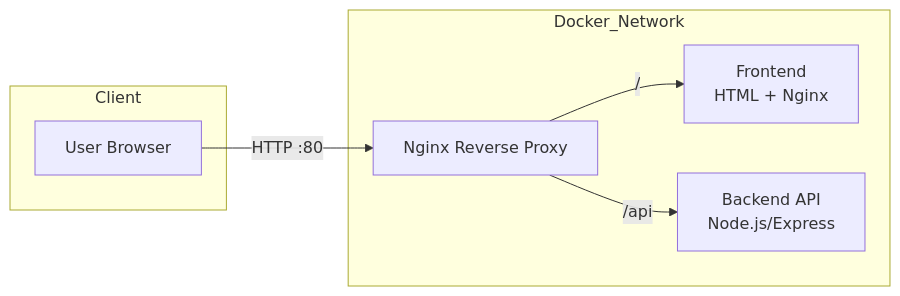
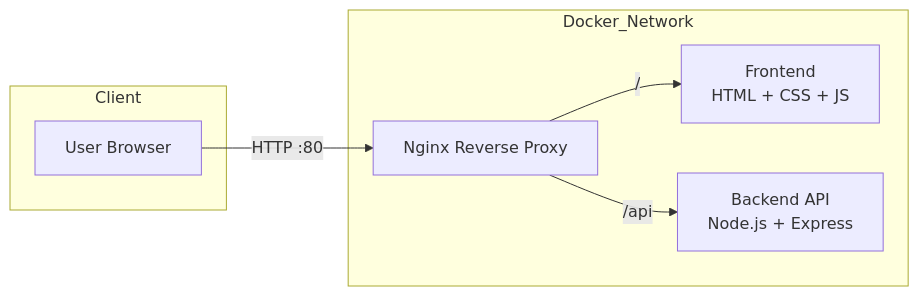
One commit to dsaikiran01/docker-projects changed the diagram in Project-3-Nginx-Reverse-Proxy-with-Docker/README.md. Above: the diagram before and after it, drawn with Mermaid. The commit also changed 2 other files, not shown here.

Commit message:
added project 4 in README

````diff
--- a/Project-3-Nginx-Reverse-Proxy-with-Docker/README.md
+++ b/Project-3-Nginx-Reverse-Proxy-with-Docker/README.md
@@ -54,16 +54,16 @@
 ```mermaid
 graph LR
     subgraph Client
         U[User Browser]
     end
 
     subgraph Docker_Network
         RP[Nginx Reverse Proxy]
-        FE[Frontend<br>HTML + Nginx]
-        BE[Backend API<br>Node.js/Express]
+        FE[Frontend<br>HTML + CSS + JS]
+        BE[Backend API<br>Node.js + Express]
     end
 
     U -->|HTTP :80| RP
     RP -->|/| FE
     RP -->|/api| BE
 ```
````
